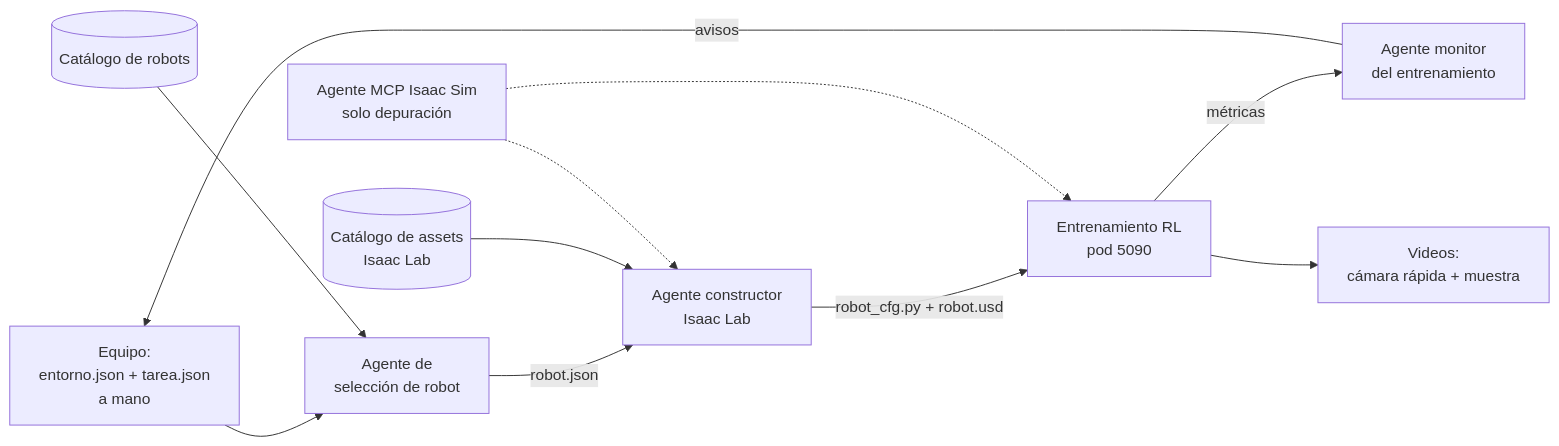
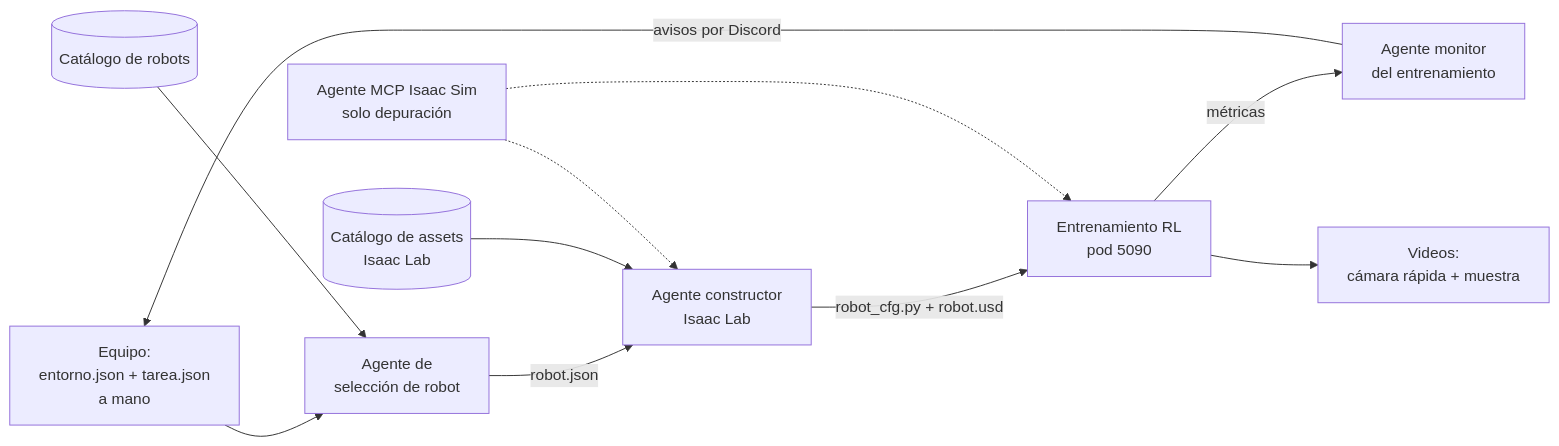
Before and after one commit to platanus-hack/platanus-hack-26-cl-team-4: the diagram in docs/agentes/README.md, drawn with Mermaid. The commit also changed other lines of this file and 6 other files, not shown here.

First line of the commit message:
docs: decisiones del RL (base móvil, 90 % a 5 cm/5°, avisos por Discord)

````diff
--- a/docs/agentes/README.md
+++ b/docs/agentes/README.md
@@ -9,12 +9,12 @@
 ```mermaid
 flowchart LR
   H["Equipo:<br/>entorno.json + tarea.json<br/>a mano"] --> ROB["Agente de<br/>selección de robot"]
   CAT[(Catálogo de robots)] --> ROB
   ROB -->|robot.json| CON["Agente constructor<br/>Isaac Lab"]
   ASS[(Catálogo de assets<br/>Isaac Lab)] --> CON
   CON -->|robot_cfg.py + robot.usd| RL["Entrenamiento RL<br/>pod 5090"]
   RL -->|métricas| MON["Agente monitor<br/>del entrenamiento"]
-  MON -->|avisos| H
+  MON -->|avisos por Discord| H
   RL --> V["Videos:<br/>cámara rápida + muestra"]
   MCP["Agente MCP Isaac Sim<br/>solo depuración"] -.-> CON & RL
 ```
````
